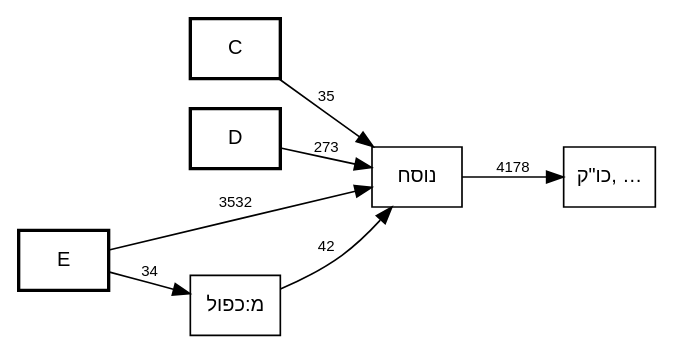
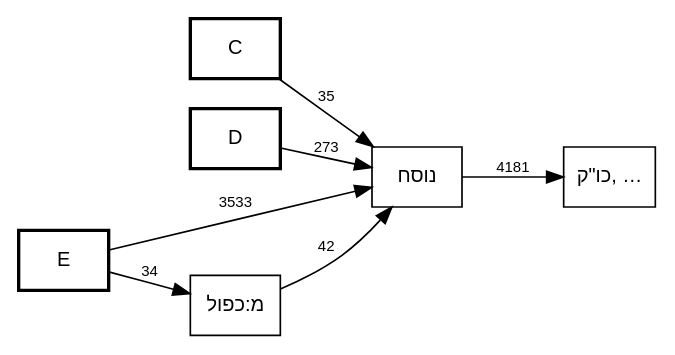
The diagram in out/MAM-tmpl-survey/plus-nusach-call-graph.dot (bdenckla/MAM-basics), drawn with Graphviz before and after one commit. The commit also changed 7 other files, not shown here.

```diff
--- a/out/MAM-tmpl-survey/plus-nusach-call-graph.dot
+++ b/out/MAM-tmpl-survey/plus-nusach-call-graph.dot
@@ -1,60 +1,60 @@
 digraph template_call_graph {
     rankdir=LR;
     node [fontname="SBL Hebrew,Helvetica", fontsize=12];
     edge [fontname="Helvetica", fontsize=9];
 
     // Column nodes
     node [shape=box, style=bold];
     "C";
     "D";
     "E";
 
     // Template nodes
     node [shape=box, style=""];
     "כו\"ק" [label="כו\"ק, …", tooltip="כו\"ק
 כתיב ולא קרי
 מ:אות-מיוחדת-במילה
 מ:אין פרשה בתחילת פרק
 מ:אין פרשה בתחילת פרק בספרי אמ\"ת
 מ:דחי
 מ:הערה-2
 מ:כו\"ק בין שני מקפים
 מ:כו\"ק כתיב מילה חדה וקרי תרתין מילין
 מ:כו\"ק כתיב מילה חדה וקרי תרתין מילין בין שני מקפים
 מ:כו\"ק כתיב תרתין מילין וקרי מילה חדה
 מ:כו\"ק קרי שונה מהכתיב בשתי מילים
 מ:כו\"ק של שלוש מילים בהערה אחת
 מ:כו\"ק של שתי מילים בהערה אחת
 מ:לגרמיה-2
 מ:מקף אפור
 מ:נו\"ן הפוכה
 מ:פסוק
 מ:פסק
 מ:צינור
 מ:קו\"כ כתיב מילה חדה וקרי תרתין מילין
 מ:קו\"כ קרי שונה מהכתיב בשתי מילים
 מ:קישור בהערה
 מ:קישור פנימי בהערה
 מ:קמץ
 מודגש
 סס
 ססס
 פפ
 פפפ
 קו\"כ
 קו\"כ-אם
 קרי ולא כתיב
 ר0
 ר1
 ר3
 ר4
 ש"];
 
     // Edges
     "C" -> "נוסח" [label="35"];
     "D" -> "נוסח" [label="273"];
     "E" -> "מ:כפול" [label="34"];
-    "E" -> "נוסח" [label="3532"];
+    "E" -> "נוסח" [label="3533"];
     "מ:כפול" -> "נוסח" [label="42"];
-    "נוסח" -> "כו\"ק" [label="4178"];
+    "נוסח" -> "כו\"ק" [label="4181"];
 }
```
